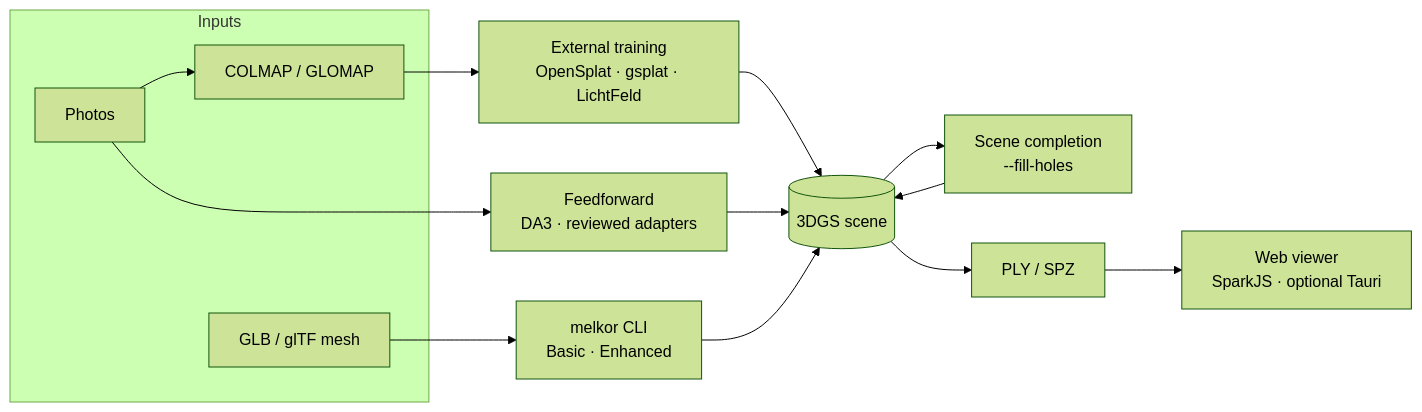
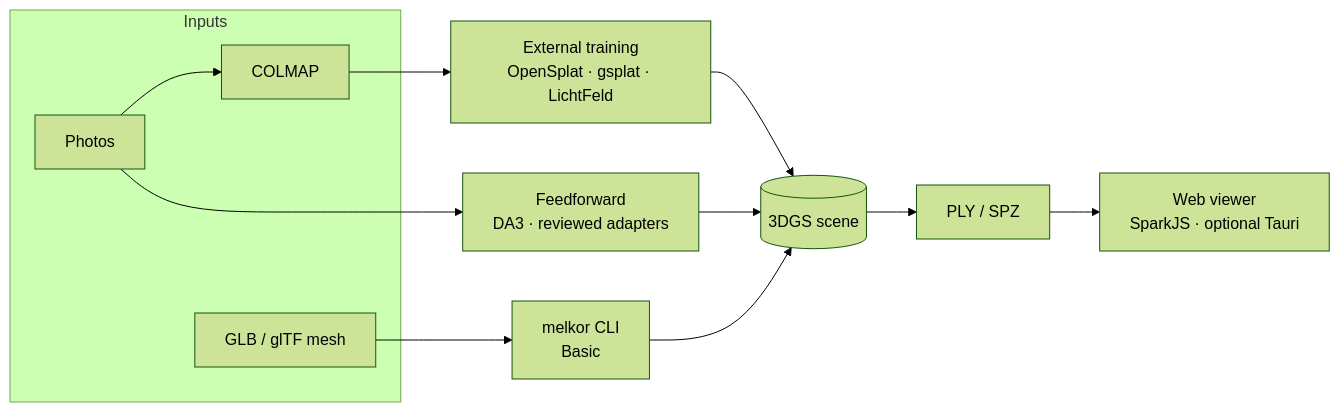
The diagram in README.md (sepahead/melkor), drawn with Mermaid (forest theme) before and after one commit. The commit also changed other lines of this file and 112 other files, not shown here.

````diff
--- a/README.md
+++ b/README.md
@@ -284,17 +264,15 @@
 ```mermaid
 flowchart LR
     subgraph Inputs
-        P[Photos] --> SfM[COLMAP / GLOMAP]
+        P[Photos] --> SfM[COLMAP]
         M[GLB / glTF mesh]
     end
     SfM --> T[External training<br/>OpenSplat · gsplat · LichtFeld]
     P --> FF[Feedforward<br/>DA3 · reviewed adapters]
-    M --> C[melkor CLI<br/>Basic · Enhanced]
+    M --> C[melkor CLI<br/>Basic]
     T --> S[(3DGS scene)]
     FF --> S
     C --> S
-    S --> SC[Scene completion<br/>--fill-holes]
-    SC --> S
     S --> F[PLY / SPZ]
     F --> V[Web viewer<br/>SparkJS · optional Tauri]
 ```
````
